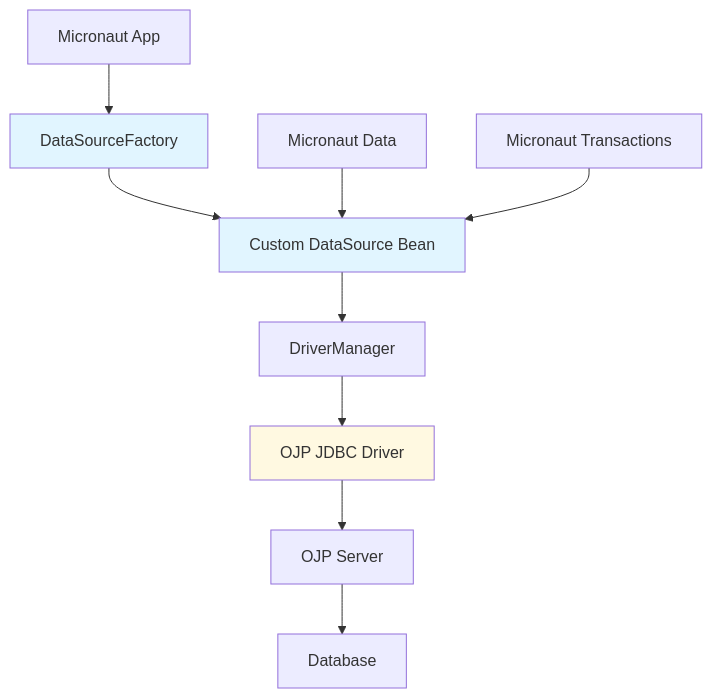
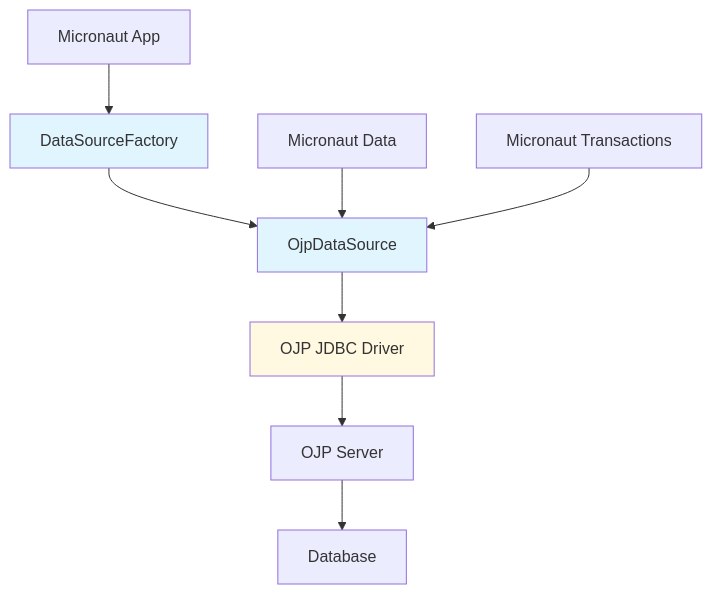
Before and after one commit to sisv1der/ojp: the third of 5 diagrams in documents/ebook/part2-chapter7-framework-integration.md, drawn with Mermaid. The commit also changed other lines of this file and 3 other files, not shown here.

First line of the commit message:
docs: update Micronaut integration from custom DataSource to OjpDataSource

````diff
--- a/documents/ebook/part2-chapter7-framework-integration.md
+++ b/documents/ebook/part2-chapter7-framework-integration.md
@@ -424,16 +370,15 @@
 ```mermaid
 graph TD
     A[Micronaut App] --> B[DataSourceFactory]
-    B --> C[Custom DataSource Bean]
-    C --> D[DriverManager]
-    D --> E[OJP JDBC Driver]
+    B --> C[OjpDataSource]
+    C --> E[OJP JDBC Driver]
     E --> F[OJP Server]
     F --> G[Database]
-    
+
     H[Micronaut Data] --> C
     I[Micronaut Transactions] --> C
-    
+
     style B fill:#e1f5ff
     style C fill:#e1f5ff
     style E fill:#fff9e1
 ```
````
